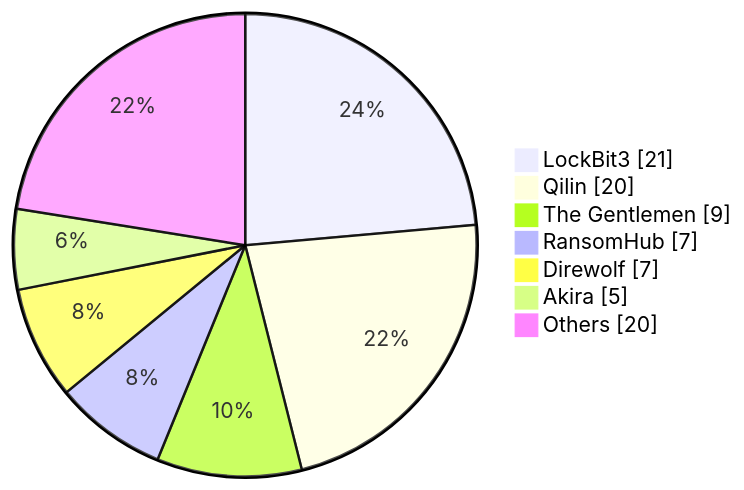
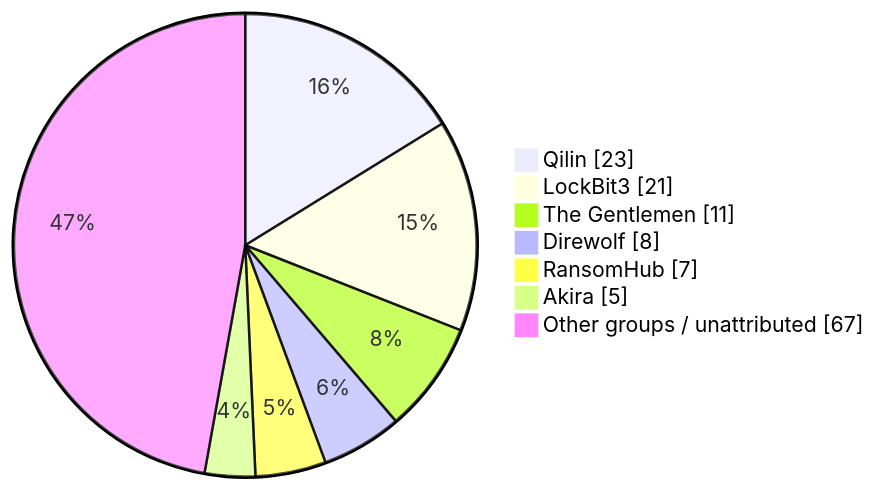
The first of 2 diagrams in content/index.md (rectifyq/site), drawn with Mermaid before and after one commit. The commit also changed other lines of this file and 8 other files, not shown here.

````diff
--- a/content/index.md
+++ b/content/index.md
@@ -157,10 +159,10 @@
 ```mermaid
 pie showData 
+    "Qilin" : 23
     "LockBit3" : 21
-    "Qilin" : 20
-    "The Gentlemen" : 9
+    "The Gentlemen" : 11
+    "Direwolf" : 8
     "RansomHub" : 7
-    "Direwolf" : 7
     "Akira" : 5
-    "Others" : 20
+    "Other groups / unattributed" : 67
 ```
````
